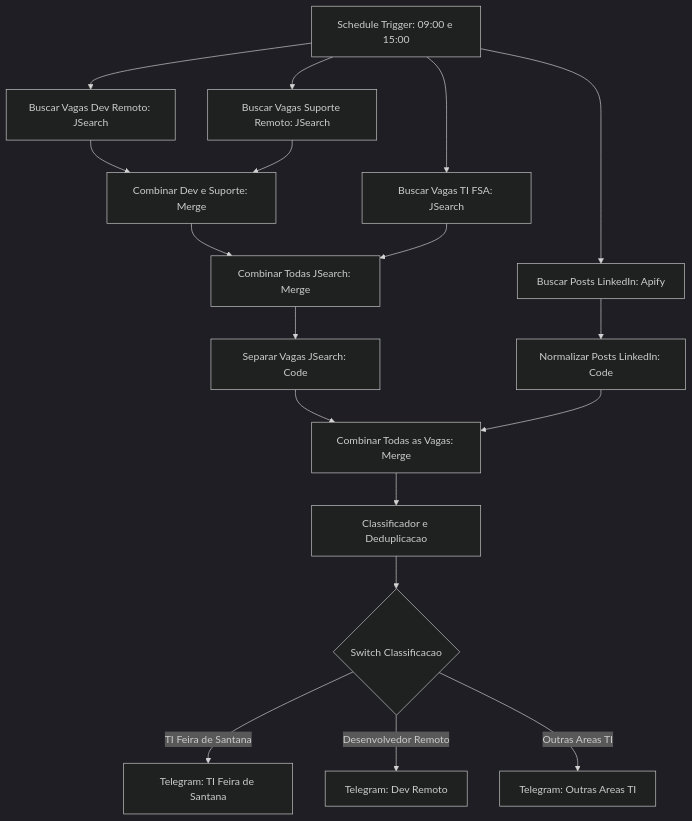
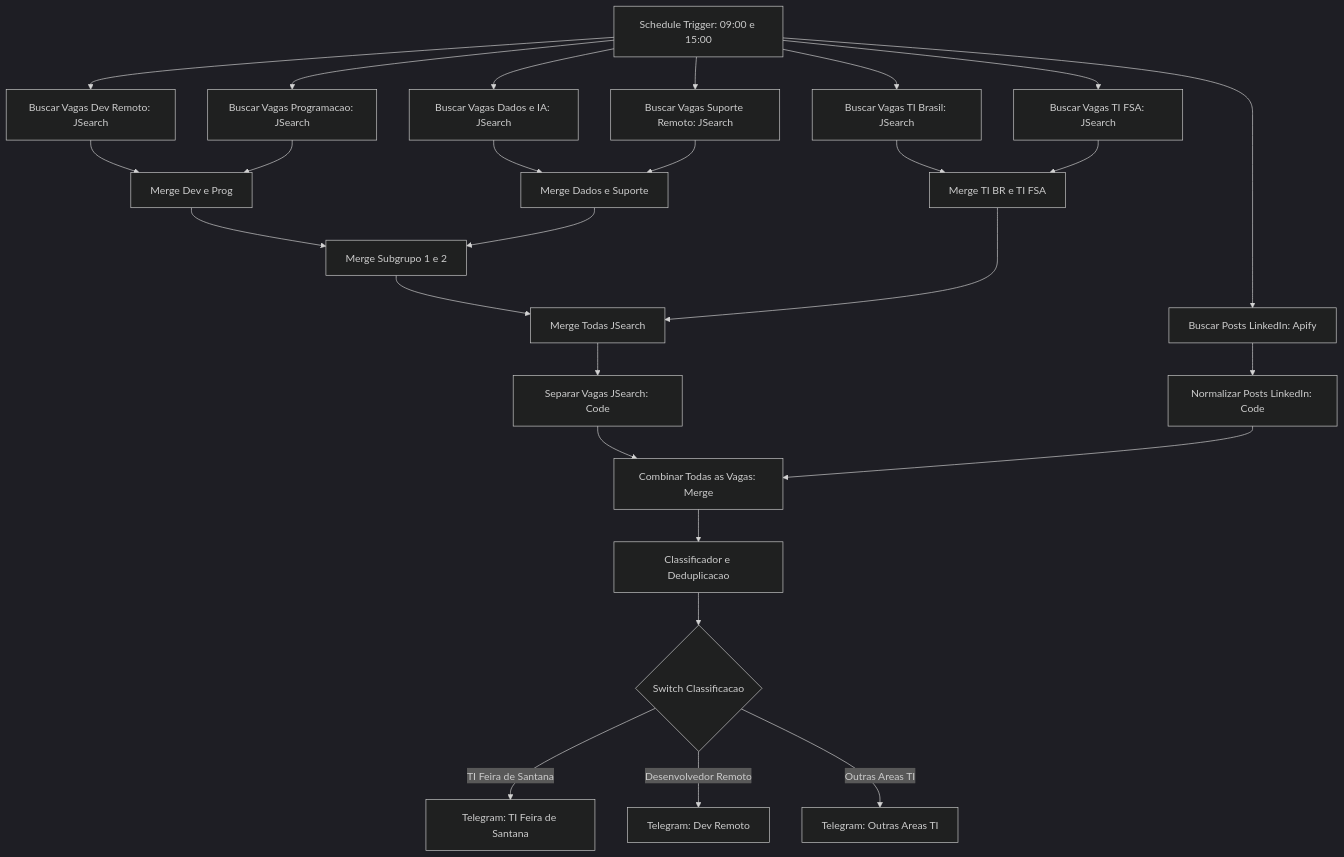
The diagram in README.md (Jntgirardi/monitor-de-vagas-n8n), drawn with Mermaid (dark theme) before and after one commit. The commit also changed 1 other file, not shown here.

Commit message:
feat: expande pipeline para 6 buscas especializadas jsearch e apify

````diff
--- a/README.md
+++ b/README.md
@@ -7,25 +7,35 @@
 ```mermaid
 flowchart TD
     Schedule["Schedule Trigger: 09:00 e 15:00"] --> FetchDev["Buscar Vagas Dev Remoto: JSearch"]
+    Schedule --> FetchProg["Buscar Vagas Programacao: JSearch"]
+    Schedule --> FetchDados["Buscar Vagas Dados e IA: JSearch"]
     Schedule --> FetchSup["Buscar Vagas Suporte Remoto: JSearch"]
+    Schedule --> FetchTIBR["Buscar Vagas TI Brasil: JSearch"]
     Schedule --> FetchTIFSA["Buscar Vagas TI FSA: JSearch"]
     Schedule --> FetchLI["Buscar Posts LinkedIn: Apify"]
     
-    FetchDev --> MergeDS["Combinar Dev e Suporte: Merge"]
-    FetchSup --> MergeDS
-    MergeDS --> MergeJS["Combinar Todas JSearch: Merge"]
-    FetchTIFSA --> MergeJS
+    FetchDev --> M1["Merge Dev e Prog"]
+    FetchProg --> M1
+    FetchDados --> M2["Merge Dados e Suporte"]
+    FetchSup --> M2
+    FetchTIBR --> M3["Merge TI BR e TI FSA"]
+    FetchTIFSA --> M3
     
-    MergeJS --> SplitJS["Separar Vagas JSearch: Code"]
+    M1 --> M4["Merge Subgrupo 1 e 2"]
+    M2 --> M4
+    M4 --> MJS["Merge Todas JSearch"]
+    M3 --> MJS
+    
+    MJS --> SplitJS["Separar Vagas JSearch: Code"]
     FetchLI --> NormLI["Normalizar Posts LinkedIn: Code"]
     
     SplitJS --> MergeAll["Combinar Todas as Vagas: Merge"]
     NormLI --> MergeAll
     
     MergeAll --> Classifier["Classificador e Deduplicacao"]
     Classifier --> Switch{"Switch Classificacao"}
     
     Switch -->|TI Feira de Santana| TG1["Telegram: TI Feira de Santana"]
     Switch -->|Desenvolvedor Remoto| TG2["Telegram: Dev Remoto"]
     Switch -->|Outras Areas TI| TG3["Telegram: Outras Areas TI"]
 ```
````
